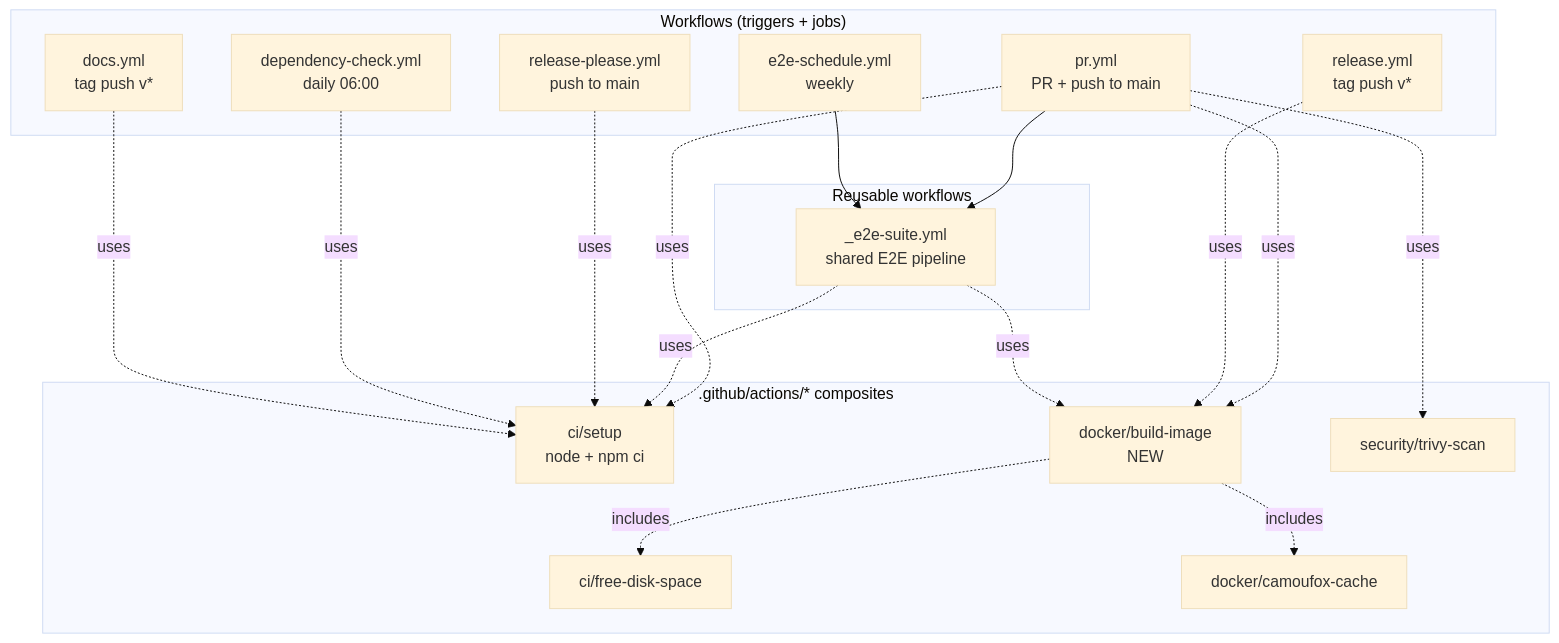
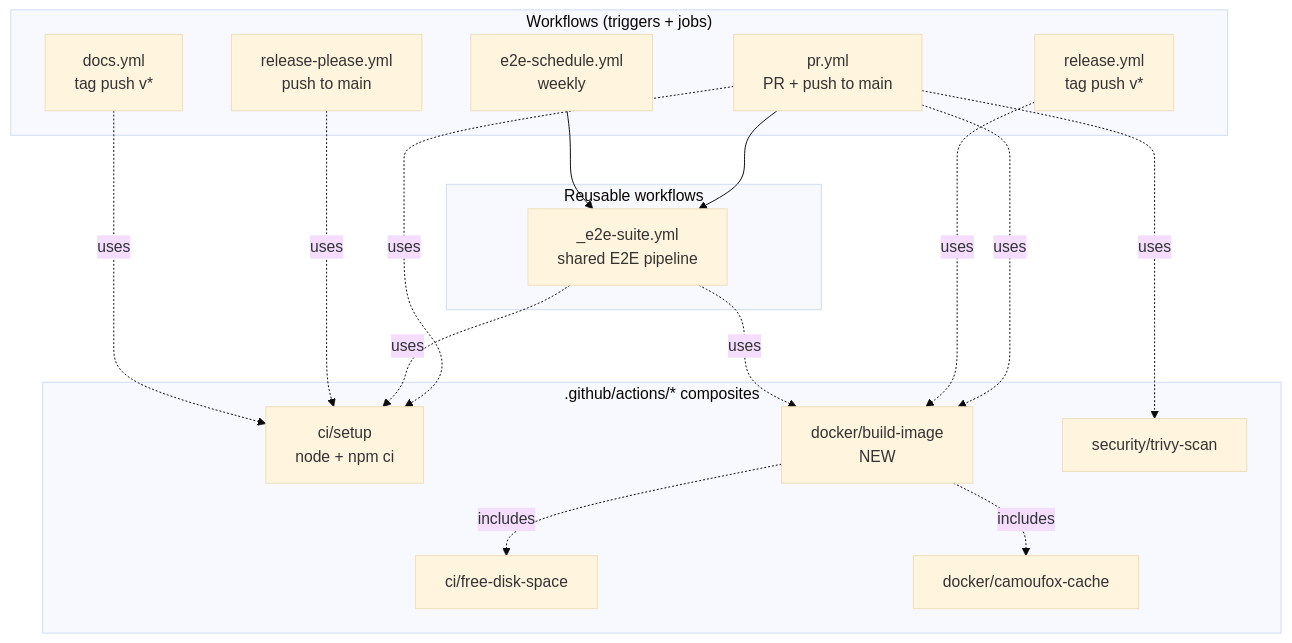
Before and after one commit to sergienko4/israeli-bank-scrapers-to-actual-budget: the first of 2 diagrams in docs/architecture/ci-pipeline.md, drawn with Mermaid (base theme). The commit also changed other lines of this file and 12 other files, not shown here.

````diff
--- a/docs/architecture/ci-pipeline.md
+++ b/docs/architecture/ci-pipeline.md
@@ -20,37 +20,35 @@
 ```mermaid
 graph TD
   subgraph Workflows["Workflows (triggers + jobs)"]
     PR[pr.yml<br/>PR + push to main]
     REL[release.yml<br/>tag push v*]
     SCH[release-please.yml<br/>push to main]
-    DEP[dependency-check.yml<br/>daily 06:00]
     DOCS[docs.yml<br/>tag push v*]
     E2ES[e2e-schedule.yml<br/>weekly]
   end
 
   subgraph Reusable["Reusable workflows"]
     E2E[_e2e-suite.yml<br/>shared E2E pipeline]
   end
 
   subgraph Composites[".github/actions/* composites"]
     SETUP[ci/setup<br/>node + npm ci]
     FREE[ci/free-disk-space]
     CAM[docker/camoufox-cache]
     BUILD[docker/build-image<br/>NEW]
     TRIVY[security/trivy-scan]
   end
 
   PR --> E2E
   E2ES --> E2E
   PR -.uses.-> SETUP
   PR -.uses.-> BUILD
   PR -.uses.-> TRIVY
   REL -.uses.-> BUILD
   E2E -.uses.-> SETUP
   E2E -.uses.-> BUILD
   SCH -.uses.-> SETUP
-  DEP -.uses.-> SETUP
   DOCS -.uses.-> SETUP
   BUILD -.includes.-> FREE
   BUILD -.includes.-> CAM
 ```
````
